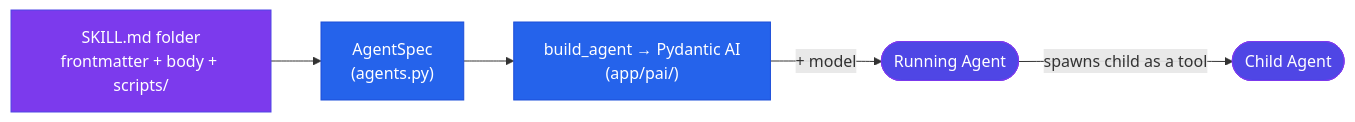
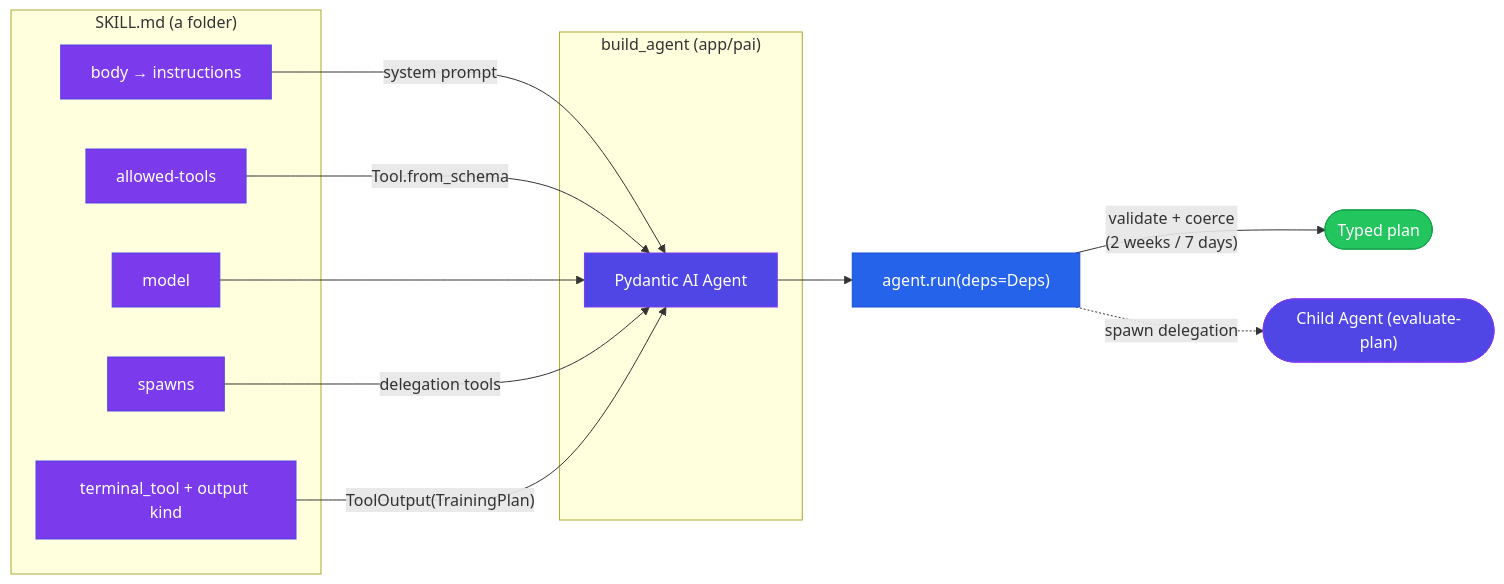
Before and after one commit to RomanRnlt/Athletly: the second of 6 diagrams in README.md, drawn with Mermaid.

Commit message:
docs: richer Pydantic AI compilation diagram (skill -> Agent mapping + validate/coerce + spawn)

````diff
--- a/README.md
+++ b/README.md
@@ -102,13 +102,34 @@
 ```mermaid
 flowchart LR
-    SKILL["SKILL.md folder<br/>frontmatter + body + scripts/"] --> SPEC["AgentSpec<br/>(agents.py)"]
-    SPEC --> ENGINE["build_agent → Pydantic AI<br/>(app/pai/)"]
-    ENGINE -->|"+ model"| AGENT(["Running Agent"])
-    AGENT -->|"spawns child as a tool"| CHILD(["Child Agent"])
+    subgraph SKILL["SKILL.md (a folder)"]
+        BODY["body → instructions"]
+        TOOLS["allowed-tools"]
+        MODEL["model"]
+        SPAWNS["spawns"]
+        TERM["terminal_tool + output kind"]
+    end
 
-    style SKILL fill:#7C3AED,stroke:#4F46E5,color:#fff
-    style SPEC fill:#2563EB,stroke:#1D4ED8,color:#fff
-    style ENGINE fill:#2563EB,stroke:#1D4ED8,color:#fff
+    subgraph BUILD["build_agent (app/pai)"]
+        AGENT["Pydantic AI Agent"]
+    end
+
+    BODY -->|"system prompt"| AGENT
+    TOOLS -->|"Tool.from_schema"| AGENT
+    MODEL --> AGENT
+    SPAWNS -->|"delegation tools"| AGENT
+    TERM -->|"ToolOutput(TrainingPlan)"| AGENT
+
+    AGENT --> RUN["agent.run(deps=Deps)"]
+    RUN -->|"validate + coerce<br/>(2 weeks / 7 days)"| OUT(["Typed plan"])
+    RUN -.->|"spawn delegation"| CHILD(["Child Agent (evaluate-plan)"])
+
+    style BODY fill:#7C3AED,stroke:#4F46E5,color:#fff
+    style TOOLS fill:#7C3AED,stroke:#4F46E5,color:#fff
+    style MODEL fill:#7C3AED,stroke:#4F46E5,color:#fff
+    style SPAWNS fill:#7C3AED,stroke:#4F46E5,color:#fff
+    style TERM fill:#7C3AED,stroke:#4F46E5,color:#fff
     style AGENT fill:#4F46E5,stroke:#7C3AED,color:#fff
+    style RUN fill:#2563EB,stroke:#1D4ED8,color:#fff
+    style OUT fill:#22C55E,stroke:#16A34A,color:#fff
     style CHILD fill:#4F46E5,stroke:#7C3AED,color:#fff
 ```
````
